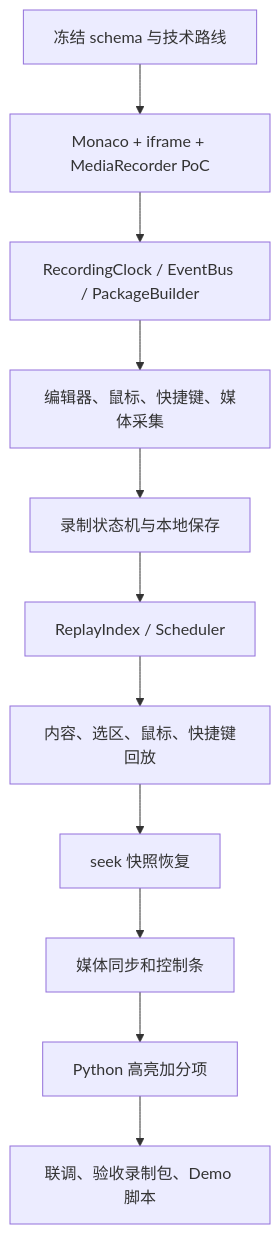
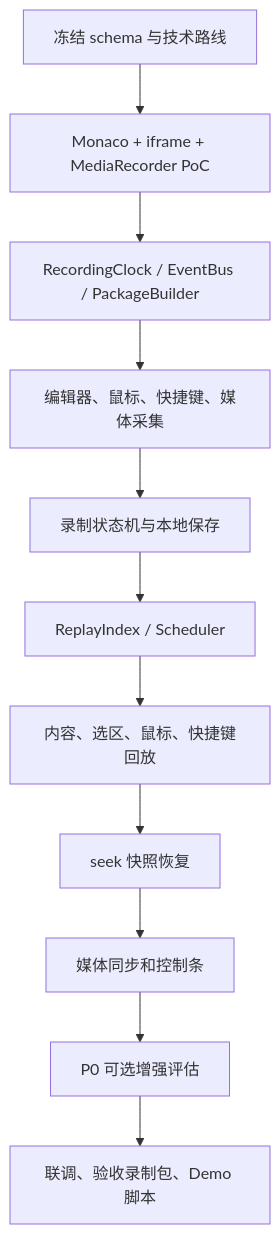
The fourth of 4 diagrams in docs/技术方案.md (Suxian2001/code-tape), drawn with Mermaid before and after one commit. The commit also changed other lines of this file, not shown here.

````diff
--- a/docs/技术方案.md
+++ b/docs/技术方案.md
@@ -881,13 +889,13 @@
 ```mermaid
 flowchart TD
   A["冻结 schema 与技术路线"] --> B["Monaco + iframe + MediaRecorder PoC"]
   B --> C["RecordingClock / EventBus / PackageBuilder"]
   C --> D["编辑器、鼠标、快捷键、媒体采集"]
   D --> E["录制状态机与本地保存"]
   E --> F["ReplayIndex / Scheduler"]
   F --> G["内容、选区、鼠标、快捷键回放"]
   G --> H["seek 快照恢复"]
   H --> I["媒体同步和控制条"]
-  I --> J["Python 高亮加分项"]
+  I --> J["P0 可选增强评估"]
   J --> K["联调、验收录制包、Demo 脚本"]
 ```
````
